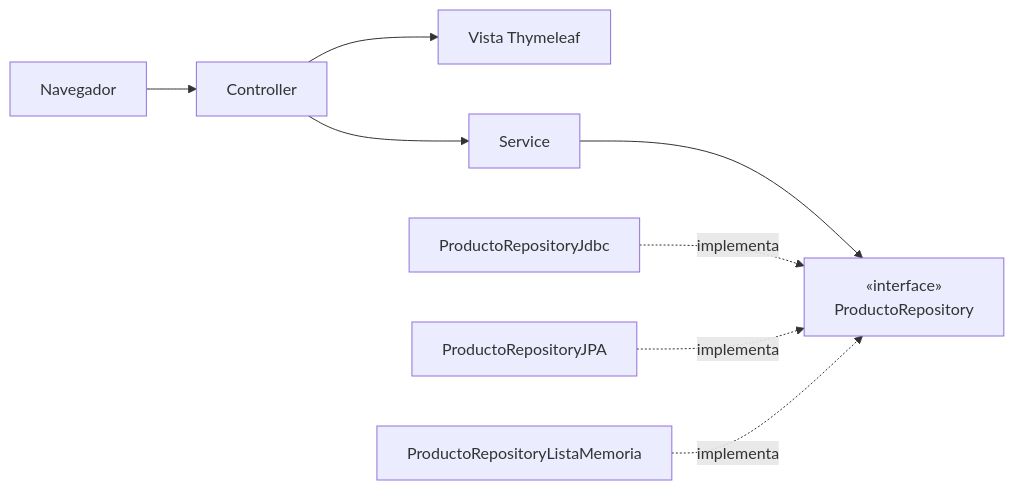
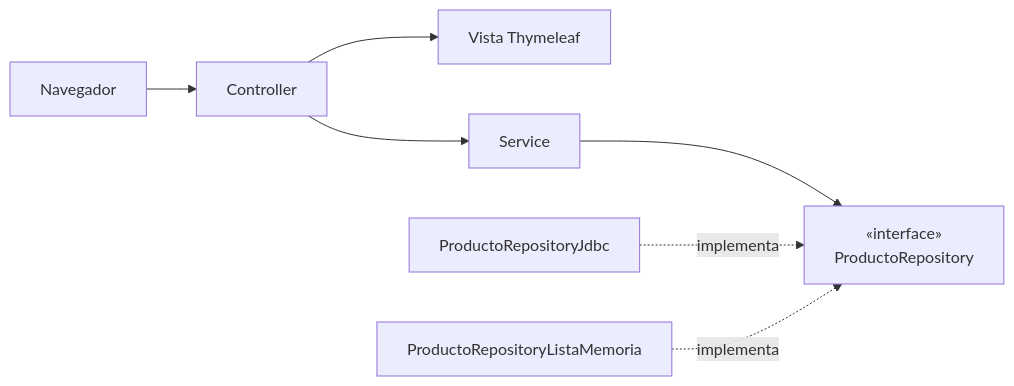
Before and after one commit to profeMelola/DWES-02-2026-27: the diagram in conceptos/SOLID-y-patrones.md, drawn with Mermaid. The commit also changed other lines of this file, not shown here.

````diff
--- a/conceptos/SOLID-y-patrones.md
+++ b/conceptos/SOLID-y-patrones.md
@@ -27,10 +28,9 @@
 ```mermaid
 flowchart LR
     N[Navegador] --> C[Controller]
     C --> V[Vista Thymeleaf]
     C --> S[Service]
     S --> R["«interface»<br/>ProductoRepository"]
     J[ProductoRepositoryJdbc] -.->|implementa| R
-    A[ProductoRepositoryJPA] -.->|implementa| R
     M[ProductoRepositoryListaMemoria] -.->|implementa| R
 ```
````
